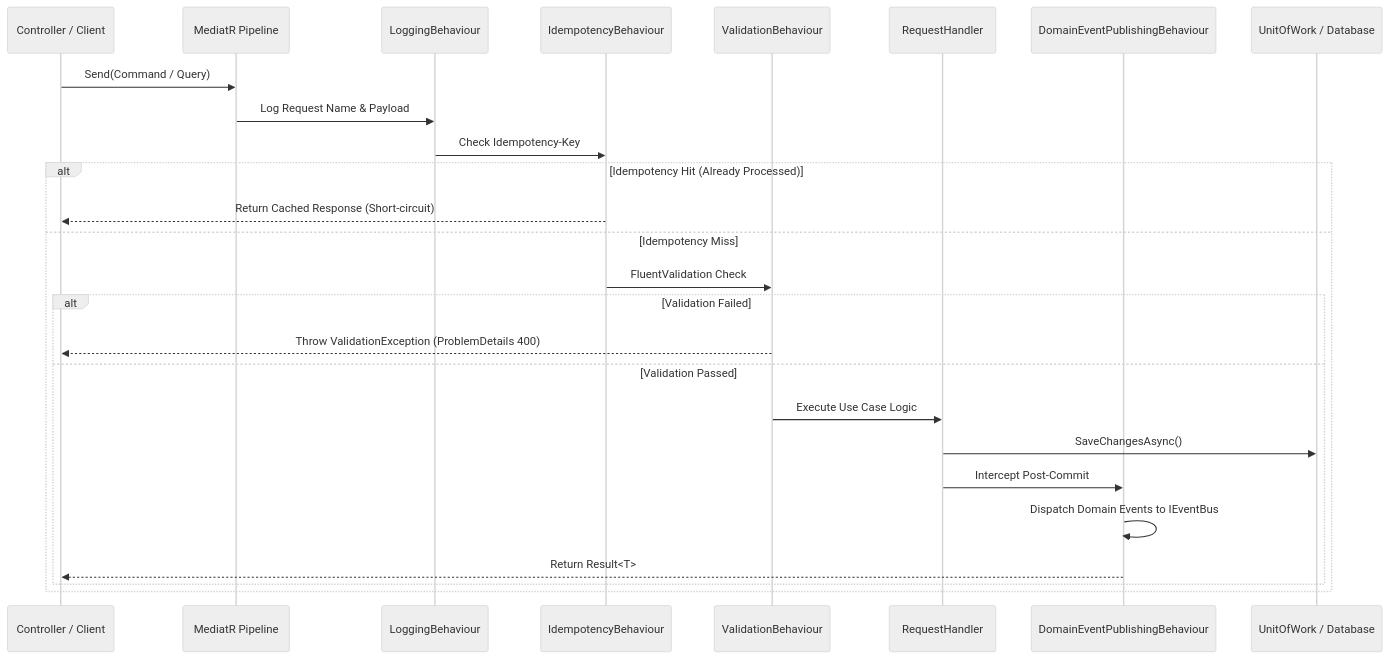
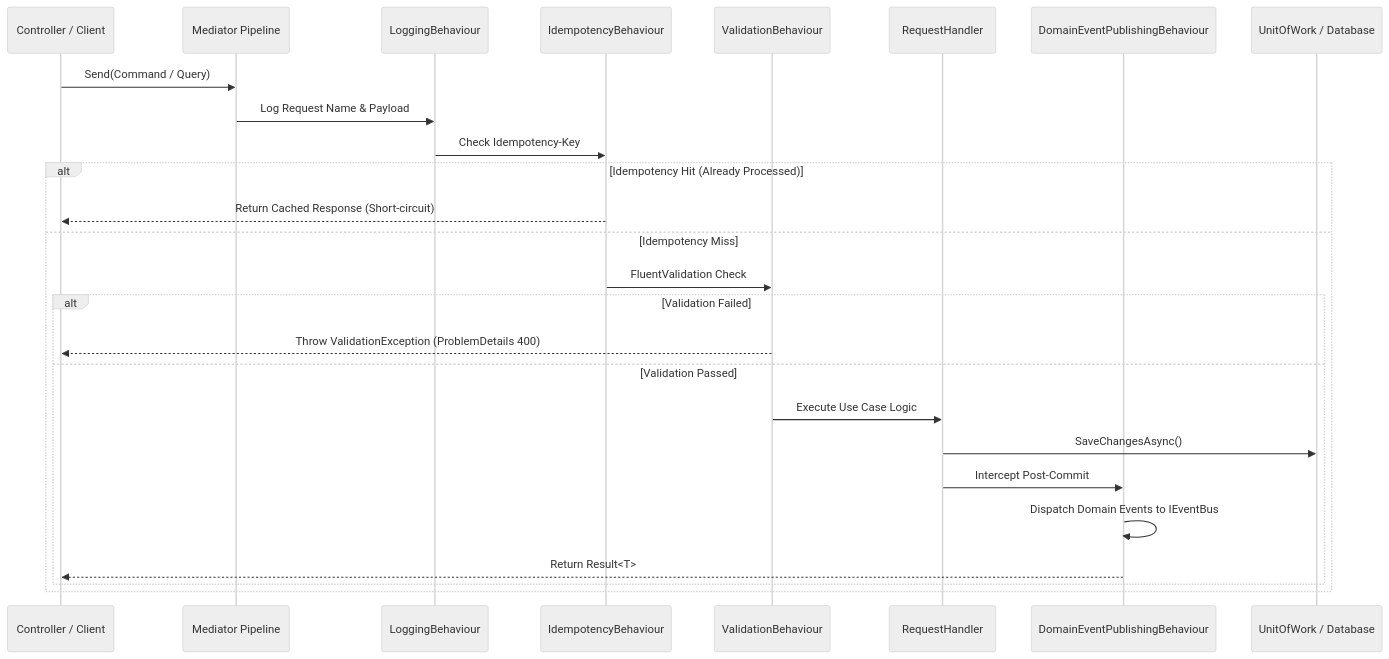
One commit to MinimDev/dotnet-clean-architecture-template changed the second of 2 diagrams in docs/ARCHITECTURE.md. Above: the diagram before and after it, drawn with Mermaid (neutral theme). The commit also changed other lines of this file and 1 other file, not shown here.

Commit message:
docs: overhaul README with modern design, comparison matrix, and universal architecture diagrams

````diff
--- a/docs/ARCHITECTURE.md
+++ b/docs/ARCHITECTURE.md
@@ -154,29 +186,29 @@
 ```mermaid
 sequenceDiagram
     participant C as Controller / Client
-    participant M as MediatR Pipeline
+    participant M as Mediator Pipeline
     participant L as LoggingBehaviour
     participant I as IdempotencyBehaviour
     participant V as ValidationBehaviour
     participant H as RequestHandler
     participant D as DomainEventPublishingBehaviour
     participant DB as UnitOfWork / Database
 
     C->>M: Send(Command / Query)
     M->>L: Log Request Name & Payload
     L->>I: Check Idempotency-Key
     alt Idempotency Hit (Already Processed)
         I-->>C: Return Cached Response (Short-circuit)
     else Idempotency Miss
         I->>V: FluentValidation Check
         alt Validation Failed
             V-->>C: Throw ValidationException (ProblemDetails 400)
         else Validation Passed
             V->>H: Execute Use Case Logic
             H->>DB: SaveChangesAsync()
             H->>D: Intercept Post-Commit
             D->>D: Dispatch Domain Events to IEventBus
             D-->>C: Return Result<T>
         end
     end
 ```
````
